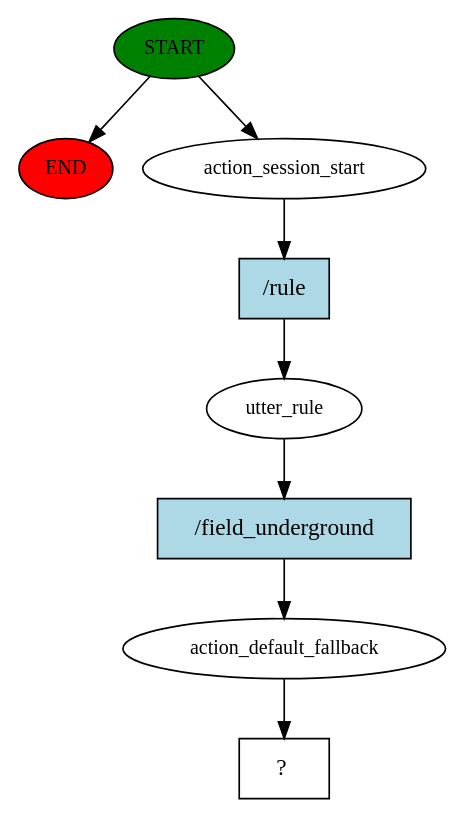
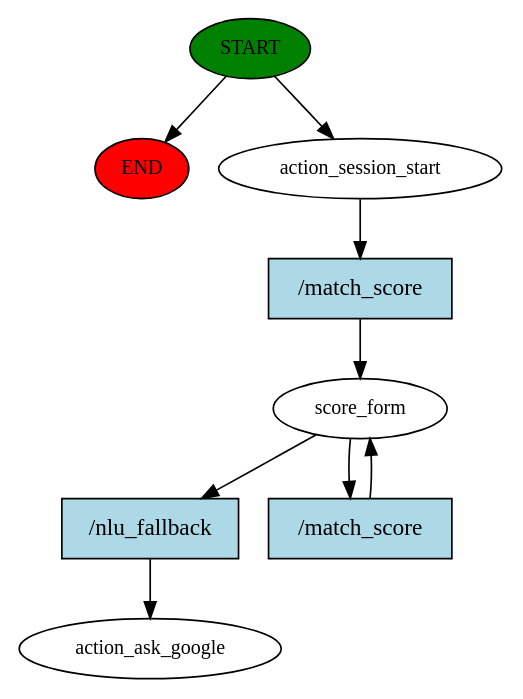
Before and after one commit to sjproost/alfa-bot: the diagram in story_graph.dot, drawn with Graphviz. The commit also changed 3 other files, not shown here.

```diff
--- a/story_graph.dot
+++ b/story_graph.dot
@@ -1,17 +1,18 @@
 digraph  {
 0 [class="start active", fillcolor=green, fontsize=12, label=START, style=filled];
 "-1" [class=end, fillcolor=red, fontsize=12, label=END, style=filled];
 1 [class=active, fontsize=12, label=action_session_start];
-2 [class=active, fontsize=12, label=utter_rule];
-3 [class=active, fontsize=12, label=action_default_fallback];
-4 [class="intent dashed active", label="  ?  ", shape=rect];
-5 [class="intent active", fillcolor=lightblue, label="/rule", shape=rect, style=filled];
-6 [class="intent active", fillcolor=lightblue, label="/field_underground", shape=rect, style=filled];
+2 [class=active, fontsize=12, label=score_form];
+4 [class="dashed active", fontsize=12, label=action_ask_google];
+5 [class="intent active", fillcolor=lightblue, label="/match_score", shape=rect, style=filled];
+6 [class="intent active", fillcolor=lightblue, label="/nlu_fallback", shape=rect, style=filled];
+7 [class="intent active", fillcolor=lightblue, label="/match_score", shape=rect, style=filled];
 0 -> "-1"  [class="", key=NONE, label=""];
 0 -> 1  [class=active, key=NONE, label=""];
 1 -> 5  [class=active, key=0];
 2 -> 6  [class=active, key=0];
-3 -> 4  [class=active, key=NONE, label=""];
+2 -> 7  [class=active, key=0];
 5 -> 2  [class=active, key=0];
-6 -> 3  [class=active, key=0];
+6 -> 4  [class=active, key=0];
+7 -> 2  [class=active, key=0];
 }
```
